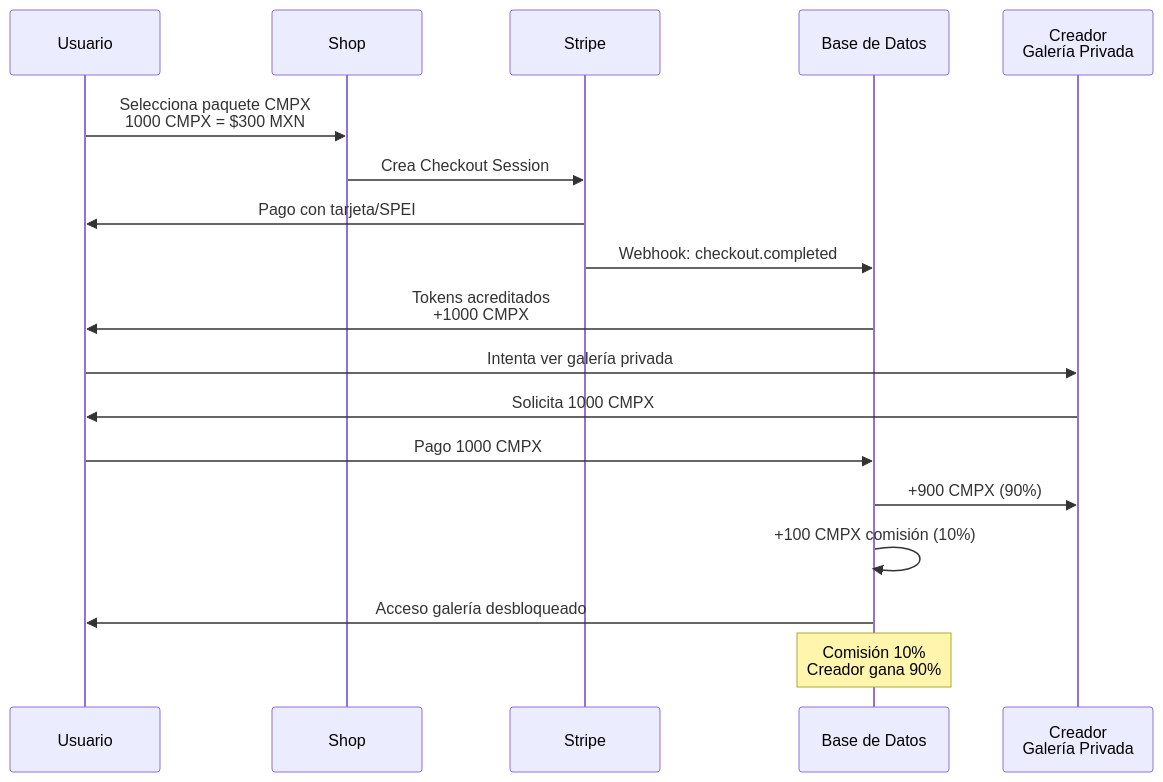
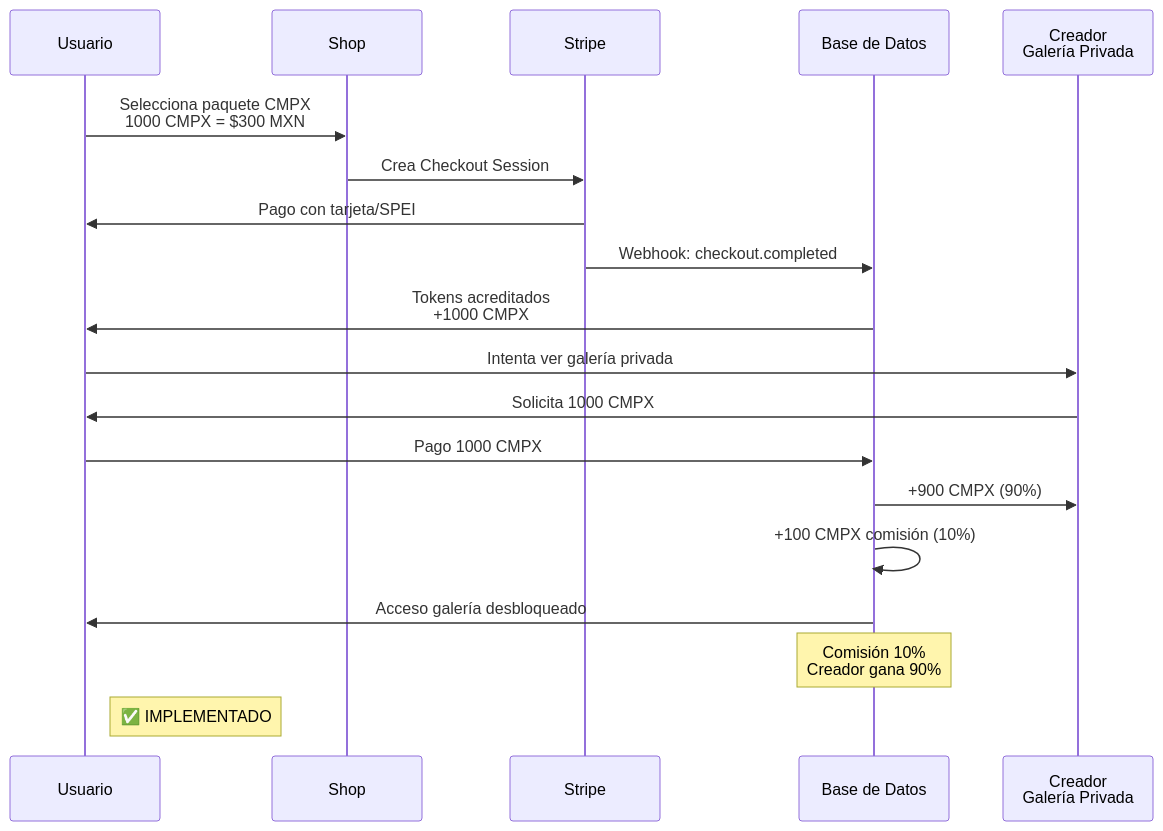
Before and after one commit to Complicessconecta/ComplicesConecta: the fourth of 6 diagrams in DIAGRAMAS_FLUJOS_v3.5.0.md, drawn with Mermaid. The commit also changed other lines of this file and 97 other files, not shown here.

````diff
--- a/DIAGRAMAS_FLUJOS_v3.5.0.md
+++ b/DIAGRAMAS_FLUJOS_v3.5.0.md
@@ -135,23 +139,24 @@
 ```mermaid
 sequenceDiagram
     participant U as Usuario
     participant S as Shop
     participant ST as Stripe
     participant DB as Base de Datos
     participant C as Creador<br/>Galería Privada
     
     U->>S: Selecciona paquete CMPX<br/>1000 CMPX = $300 MXN
     S->>ST: Crea Checkout Session
     ST->>U: Pago con tarjeta/SPEI
     ST->>DB: Webhook: checkout.completed
     DB->>U: Tokens acreditados<br/>+1000 CMPX
     
     U->>C: Intenta ver galería privada
     C->>U: Solicita 1000 CMPX
     U->>DB: Pago 1000 CMPX
     DB->>C: +900 CMPX (90%)
     DB->>DB: +100 CMPX comisión (10%)
     DB->>U: Acceso galería desbloqueado
     
     Note over DB: Comisión 10%<br/>Creador gana 90%
+    Note right of U: ✅ IMPLEMENTADO
 ```
````
